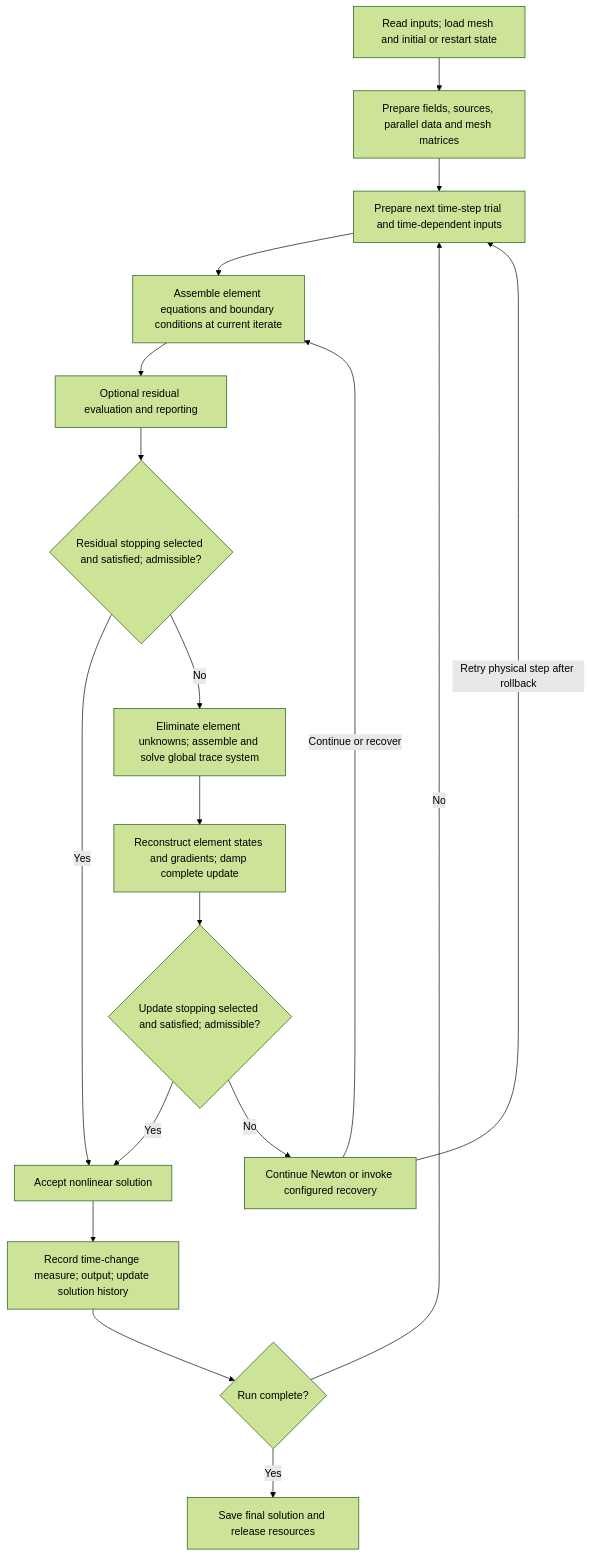
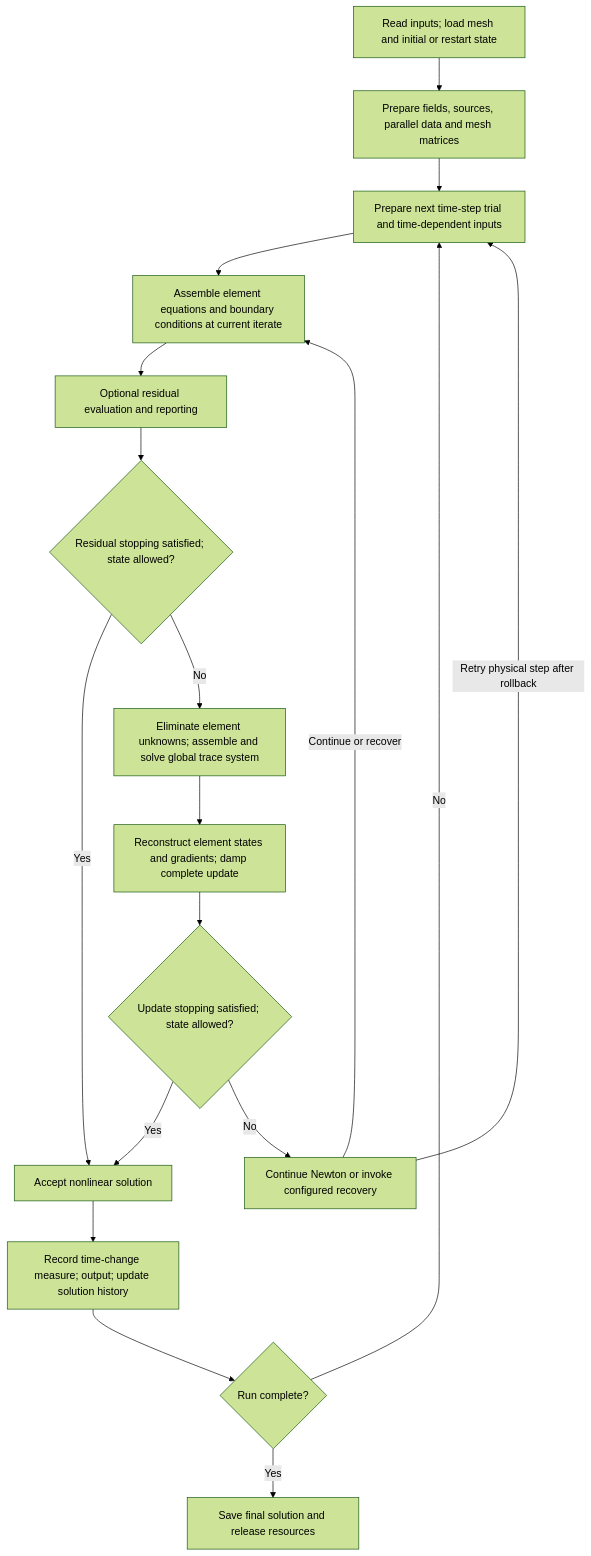
The diagram in docs/simulation/solver-flow.md (wave46/MHDG), drawn with Mermaid (forest theme) before and after one commit. The commit also changed other lines of this file and 5 other files, not shown here.

````diff
--- a/docs/simulation/solver-flow.md
+++ b/docs/simulation/solver-flow.md
@@ -8,27 +8,27 @@
 ```mermaid
 flowchart TD
     A[Read inputs; load mesh and initial or restart state]
     B[Prepare fields, sources, parallel data and mesh matrices]
     C[Prepare next time-step trial and time-dependent inputs]
     D[Assemble element equations and boundary conditions at current iterate]
     E[Optional residual evaluation and reporting]
-    F{Residual stopping selected and satisfied; admissible?}
+    F{Residual stopping satisfied; state allowed?}
     G[Eliminate element unknowns; assemble and solve global trace system]
     H[Reconstruct element states and gradients; damp complete update]
-    I{Update stopping selected and satisfied; admissible?}
+    I{Update stopping satisfied; state allowed?}
     J[Continue Newton or invoke configured recovery]
     K[Accept nonlinear solution]
     L[Record time-change measure; output; update solution history]
     M{Run complete?}
     N[Save final solution and release resources]
     A --> B --> C --> D --> E --> F
     F -- Yes --> K
     F -- No --> G --> H --> I
     I -- Yes --> K
     I -- No --> J
     J -- Continue or recover --> D
     J -- Retry physical step after rollback --> C
     K --> L --> M
     M -- No --> C
     M -- Yes --> N
 ```
````
